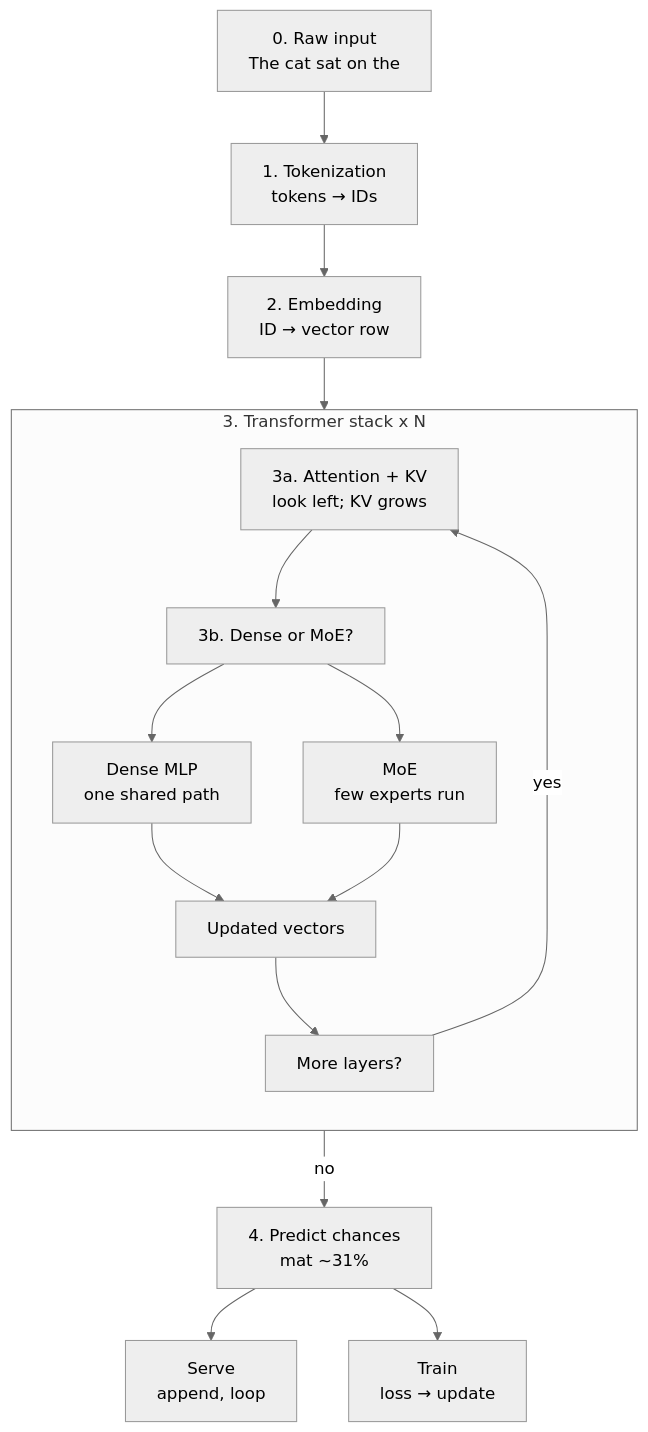
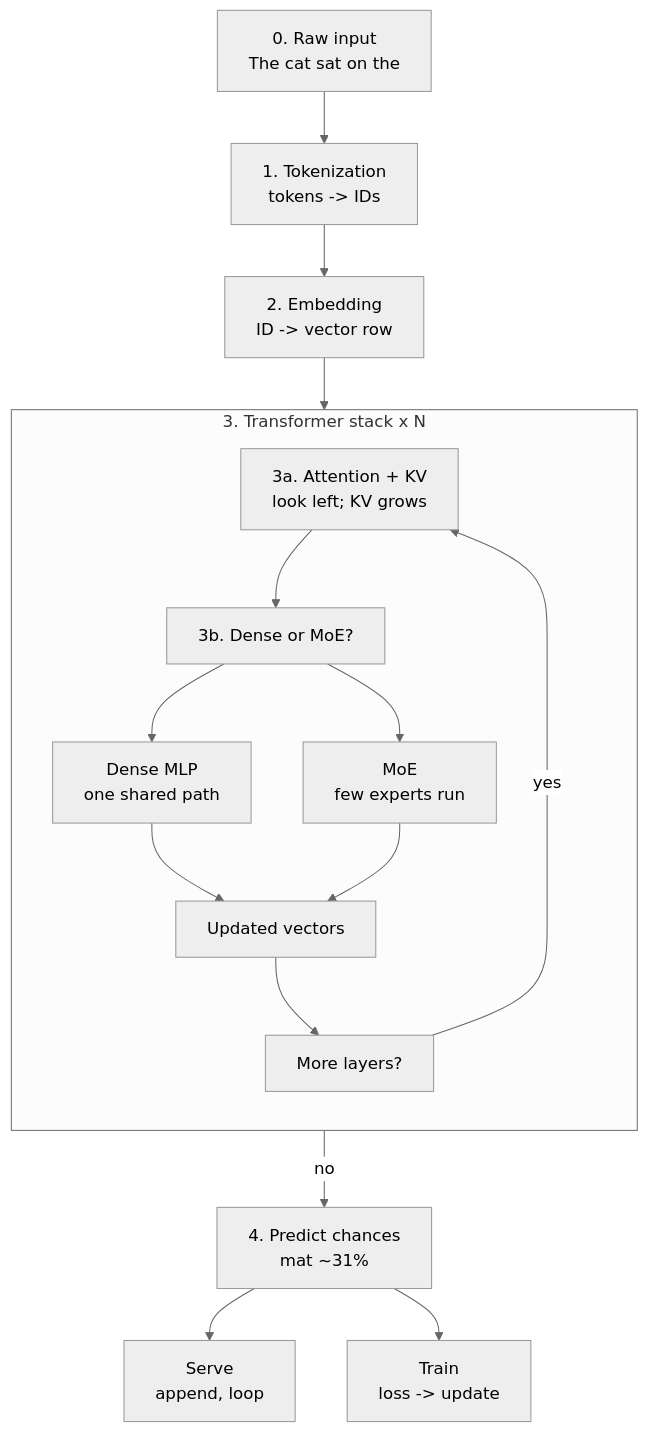
One commit to Vince-0/AI_Theory changed the second of 2 diagrams in README.md. Above: the diagram before and after it, drawn with Mermaid (neutral theme). The commit also changed other lines of this file, not shown here.

````diff
--- a/README.md
+++ b/README.md
@@ -149,33 +149,33 @@
 ```mermaid
 flowchart TD
   s0["0. Raw input<br/>The cat sat on the"]
-  s1["1. Tokenization<br/>tokens → IDs"]
-  s2["2. Embedding<br/>ID → vector row"]
+  s1["1. Tokenization<br/>tokens -> IDs"]
+  s2["2. Embedding<br/>ID -> vector row"]
 
   subgraph s3 ["3. Transformer stack x N"]
     direction TB
     s3a["3a. Attention + KV<br/>look left; KV grows"]
     s3b["3b. Dense or MoE?"]
     dense["Dense MLP<br/>one shared path"]
     moe["MoE<br/>few experts run"]
     updated["Updated vectors"]
     more["More layers?"]
 
     s3a --> s3b
     s3b --> dense
     s3b --> moe
     dense --> updated
     moe --> updated
     updated --> more
     more -->|"yes"| s3a
   end
 
   s4["4. Predict chances<br/>mat ~31%"]
   serve["Serve<br/>append, loop"]
-  train["Train<br/>loss → update"]
+  train["Train<br/>loss -> update"]
 
   s0 --> s1 --> s2 --> s3a
   more -->|"no"| s4
   s4 --> serve
   s4 --> train
 ```
````
